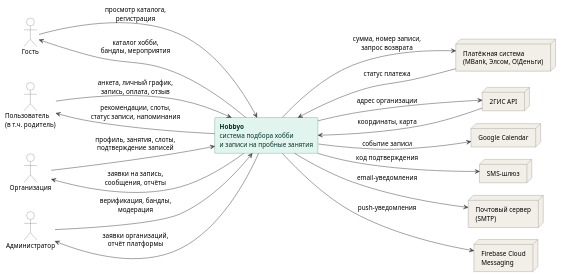
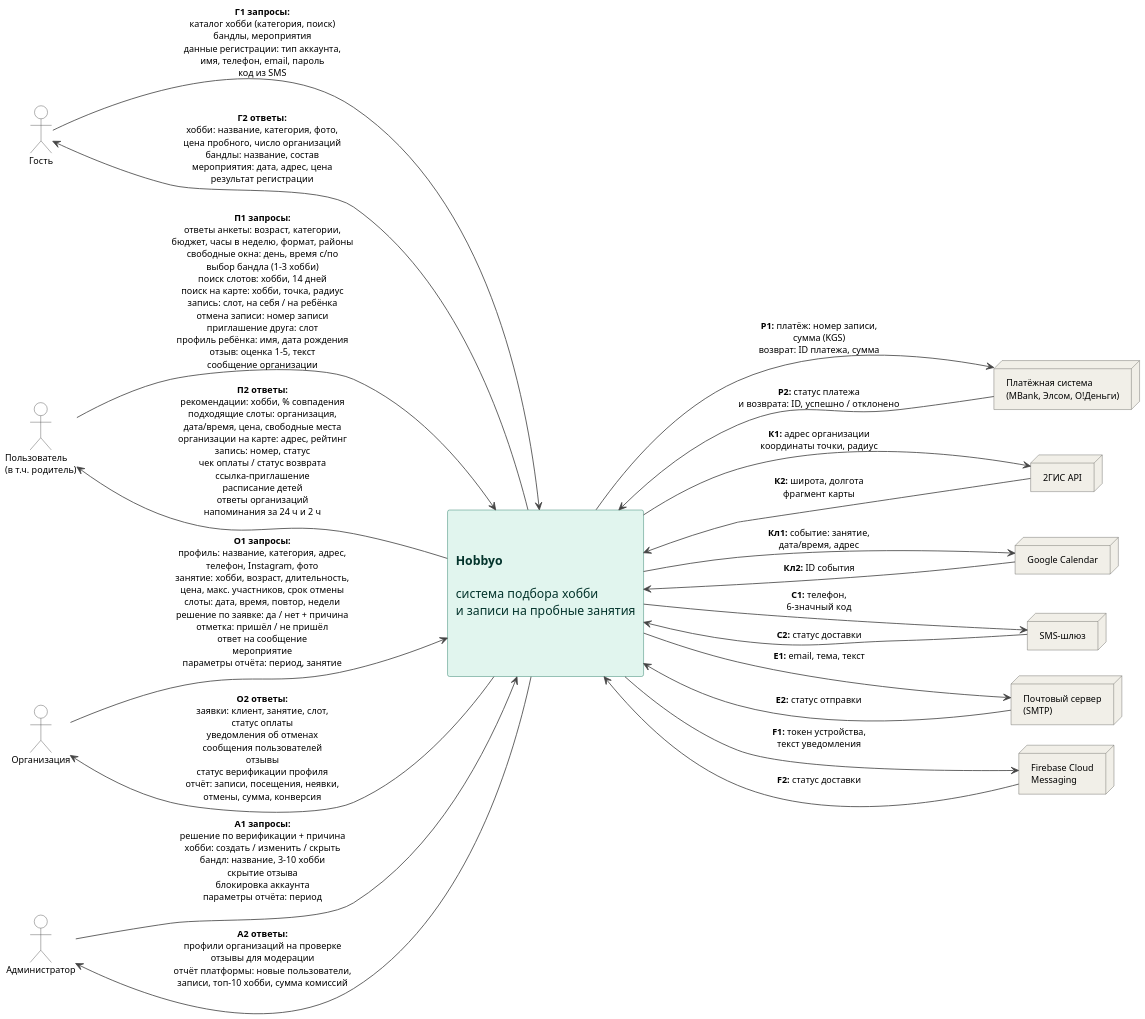
Before and after one commit to omniscince/hobbyo: the diagram in diagrams/context.puml, drawn with PlantUML. The commit also changed 3 other files, not shown here.

First line of the commit message:
docs: detailed data flows in context diagram

```diff
--- a/diagrams/context.puml
+++ b/diagrams/context.puml
@@ -1,59 +1,68 @@
 @startuml context
 skinparam defaultFontName Arial
-skinparam defaultFontSize 13
+skinparam defaultFontSize 11
 skinparam shadowing false
+skinparam dpi 160
 skinparam ArrowColor #444444
+skinparam nodesep 18
+skinparam ranksep 230
 skinparam rectangle {
   BackgroundColor #E1F5EE
   BorderColor #0F6E56
   FontColor #04342C
+  FontSize 15
 }
 skinparam actor {
   BackgroundColor #FFFFFF
   BorderColor #444444
 }
 skinparam node {
   BackgroundColor #F1EFE8
   BorderColor #5F5E5A
 }
-skinparam nodesep 25
-skinparam ranksep 140
 left to right direction
 
 actor "Гость" as G
 actor "Пользователь\n(в т.ч. родитель)" as U
 actor "Организация" as O
 actor "Администратор" as A
 
-rectangle "**Hobbyo**\nсистема подбора хобби\nи записи на пробные занятия" as S
+rectangle "\n\n**Hobbyo**\n\nсистема подбора хобби\nи записи на пробные занятия\n\n\n" as S
 
 node "Платёжная система\n(MBank, Элсом, O!Деньги)" as PAY
 node "2ГИС API" as MAP
 node "Google Calendar" as CAL
 node "SMS-шлюз" as SMS
 node "Почтовый сервер\n(SMTP)" as MAIL
 node "Firebase Cloud\nMessaging" as FCM
 
-G --> S : просмотр каталога,\nрегистрация
-G <-- S : каталог хобби,\nбандлы, мероприятия
+G --> S : <b>Г1 запросы:</b>\nкаталог хобби (категория, поиск)\nбандлы, мероприятия\nданные регистрации: тип аккаунта,\nимя, телефон, email, пароль\nкод из SMS
+G <-- S : <b>Г2 ответы:</b>\nхобби: название, категория, фото,\nцена пробного, число организаций\nбандлы: название, состав\nмероприятия: дата, адрес, цена\nрезультат регистрации
 
-U --> S : анкета, личный график,\nзапись, оплата, отзыв
-U <-- S : рекомендации, слоты,\nстатус записи, напоминания
+U --> S : <b>П1 запросы:</b>\nответы анкеты: возраст, категории,\nбюджет, часы в неделю, формат, районы\nсвободные окна: день, время с/по\nвыбор бандла (1–3 хобби)\nпоиск слотов: хобби, 14 дней\nпоиск на карте: хобби, точка, радиус\nзапись: слот, на себя / на ребёнка\nотмена записи: номер записи\nприглашение друга: слот\nпрофиль ребёнка: имя, дата рождения\nотзыв: оценка 1–5, текст\nсообщение организации
+U <-- S : <b>П2 ответы:</b>\nрекомендации: хобби, % совпадения\nподходящие слоты: организация,\nдата/время, цена, свободные места\nорганизации на карте: адрес, рейтинг\nзапись: номер, статус\nчек оплаты / статус возврата\nссылка-приглашение\nрасписание детей\nответы организаций\nнапоминания за 24 ч и 2 ч
 
-O --> S : профиль, занятия, слоты,\nподтверждение записей
-O <-- S : заявки на запись,\nсообщения, отчёты
+O --> S : <b>О1 запросы:</b>\nпрофиль: название, категория, адрес,\nтелефон, Instagram, фото\nзанятие: хобби, возраст, длительность,\nцена, макс. участников, срок отмены\nслоты: дата, время, повтор, недели\nрешение по заявке: да / нет + причина\nотметка: пришёл / не пришёл\nответ на сообщение\nмероприятие\nпараметры отчёта: период, занятие
+O <-- S : <b>О2 ответы:</b>\nзаявки: клиент, занятие, слот,\nстатус оплаты\nуведомления об отменах\nсообщения пользователей\nотзывы\nстатус верификации профиля\nотчёт: записи, посещения, неявки,\nотмены, сумма, конверсия
 
-A --> S : верификация, бандлы,\nмодерация
-A <-- S : заявки организаций,\nотчёт платформы
+A --> S : <b>А1 запросы:</b>\nрешение по верификации + причина\nхобби: создать / изменить / скрыть\nбандл: название, 3–10 хобби\nскрытие отзыва\nблокировка аккаунта\nпараметры отчёта: период
+A <-- S : <b>А2 ответы:</b>\nпрофили организаций на проверке\nотзывы для модерации\nотчёт платформы: новые пользователи,\nзаписи, топ-10 хобби, сумма комиссий
 
-S --> PAY : сумма, номер записи,\nзапрос возврата
-S <-- PAY : статус платежа
+S --> PAY : <b>Р1:</b> платёж: номер записи,\nсумма (KGS)\nвозврат: ID платежа, сумма
+S <-- PAY : <b>Р2:</b> статус платежа\nи возврата: ID, успешно / отклонено
 
-S --> MAP : адрес организации
-S <-- MAP : координаты, карта
+S --> MAP : <b>К1:</b> адрес организации\nкоординаты точки, радиус
+S <-- MAP : <b>К2:</b> широта, долгота\nфрагмент карты
 
-S --> CAL : событие записи
-S --> SMS : код подтверждения
-S --> MAIL : email-уведомления
-S --> FCM : push-уведомления
+S --> CAL : <b>Кл1:</b> событие: занятие,\nдата/время, адрес
+S <-- CAL : <b>Кл2:</b> ID события
+
+S --> SMS : <b>С1:</b> телефон,\n6-значный код
+S <-- SMS : <b>С2:</b> статус доставки
+
+S --> MAIL : <b>E1:</b> email, тема, текст
+S <-- MAIL : <b>E2:</b> статус отправки
+
+S --> FCM : <b>F1:</b> токен устройства,\nтекст уведомления
+S <-- FCM : <b>F2:</b> статус доставки
 @enduml
```
